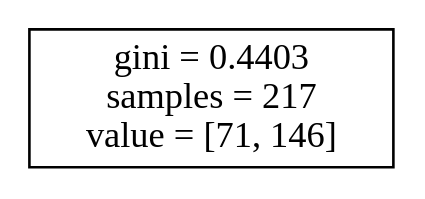
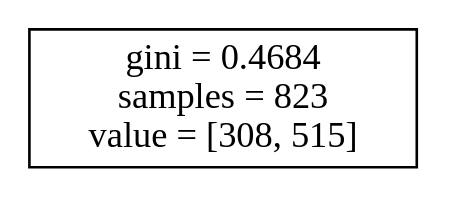
Before and after one commit to RobLFord/FlightClassification: the diagram in Dots/gini_model_4.dot, drawn with Graphviz. The commit also changed 43 other files, not shown here.

```diff
--- a/Dots/gini_model_4.dot
+++ b/Dots/gini_model_4.dot
@@ -1,4 +1,4 @@
 digraph Tree {
 node [shape=box] ;
-0 [label="gini = 0.4403\nsamples = 217\nvalue = [71, 146]"] ;
+0 [label="gini = 0.4684\nsamples = 823\nvalue = [308, 515]"] ;
 }
```
